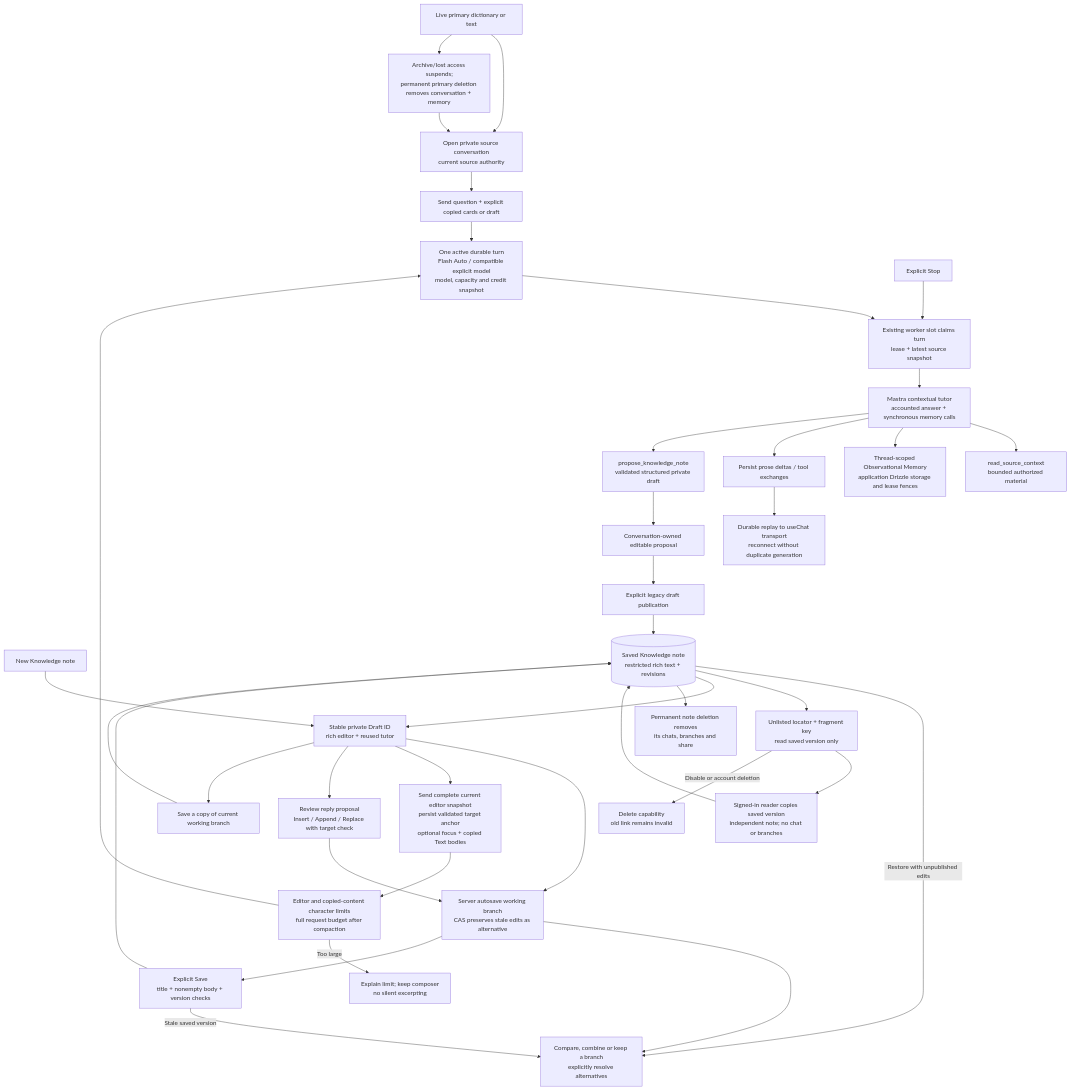
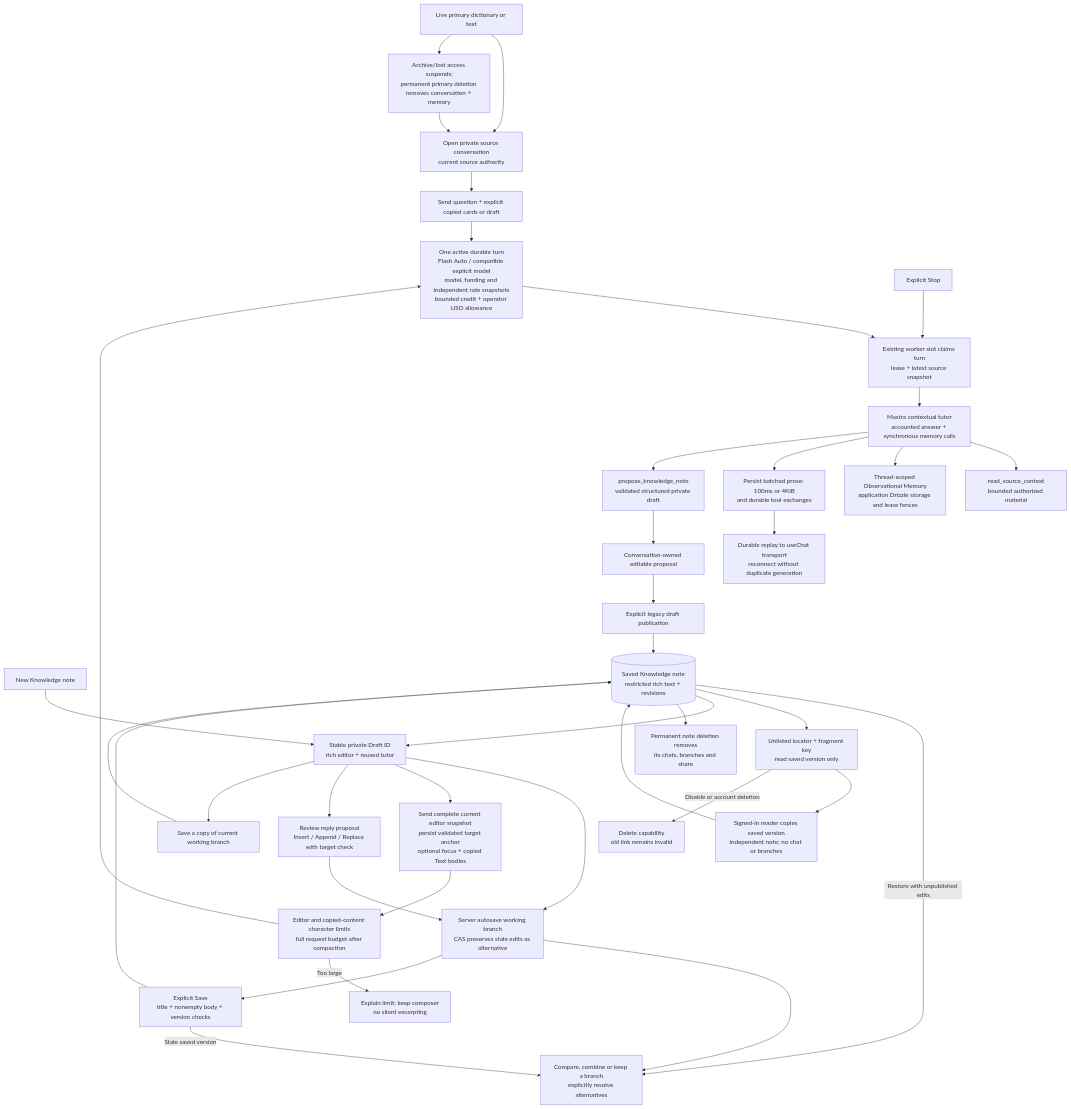
Before and after one commit to nickotov/languon-platform: the diagram in docs/diagrams/conversations-and-knowledge.md, drawn with Mermaid. The commit also changed other lines of this file and 557 other files, not shown here.

````diff
--- a/docs/diagrams/conversations-and-knowledge.md
+++ b/docs/diagrams/conversations-and-knowledge.md
@@ -47,60 +52,62 @@
 ```mermaid
 flowchart TB
     Source["Live primary dictionary or text"] --> Open["Open private source conversation
 current source authority"]
     Open --> Send["Send question + explicit copied cards or draft"]
     New["New Knowledge note"] --> Workspace["Stable private Draft ID
 rich editor + reused tutor"]
     Workspace --> Auto["Server autosave working branch
 CAS preserves stale edits as alternative"]
     Auto --> Resolve["Compare, combine or keep a branch
 explicitly resolve alternatives"]
     Workspace --> WSend["Send complete current editor snapshot
 persist validated target anchor
 optional focus + copied Text bodies"]
     WSend --> Limit["Editor and copied-content character limits
 full request budget after compaction"]
     Limit -->|"Too large"| Reject["Explain limit; keep composer
 no silent excerpting"]
     Limit --> Admission
     Send --> Admission["One active durable turn
 Flash Auto / compatible explicit model
-model, capacity and credit snapshot"]
+model, funding and independent rate snapshots
+bounded credit + operator USD allowance"]
     Admission --> Worker["Existing worker slot claims turn
 lease + latest source snapshot"]
     Worker --> Tutor["Mastra contextual tutor
 accounted answer + synchronous memory calls"]
     Tutor --> Read["read_source_context
 bounded authorized material"]
     Tutor --> Memory["Thread-scoped Observational Memory
 application Drizzle storage and lease fences"]
-    Tutor --> Reply["Persist prose deltas / tool exchanges"] --> Replay["Durable replay to useChat transport
+    Tutor --> Reply["Persist batched prose: 100ms or 4KiB
+and durable tool exchanges"] --> Replay["Durable replay to useChat transport
 reconnect without duplicate generation"]
     Tutor --> Propose["propose_knowledge_note
 validated structured private draft"]
     Propose --> Review["Conversation-owned editable proposal"]
     Review --> Publish["Explicit legacy draft publication"]
     Workspace --> Apply["Review reply proposal
 Insert / Append / Replace with target check"] --> Auto
     Auto --> Save["Explicit Save
 title + nonempty body + version checks"]
     Publish --> Note[("Saved Knowledge note
 restricted rich text + revisions")]
     Save --> Note
     Save -->|"Stale saved version"| Resolve
     Note -->|"Restore with unpublished edits"| Resolve
     Workspace --> Copy["Save a copy of current working branch"] --> Note
     Note --> Share["Unlisted locator + fragment key
 read saved version only"]
     Share --> Reader["Signed-in reader copies saved version
 independent note; no chat or branches"] --> Note
     Share -->|"Disable or account deletion"| Revoke["Delete capability
 old link remains invalid"]
     Note --> Workspace
     Note --> NoteDelete["Permanent note deletion removes
 its chats, branches and share"]
     Stop["Explicit Stop"] --> Worker
     Source --> Lifecycle["Archive/lost access suspends;
 permanent primary deletion removes conversation + memory"]
     Lifecycle --> Open
 ```
````
